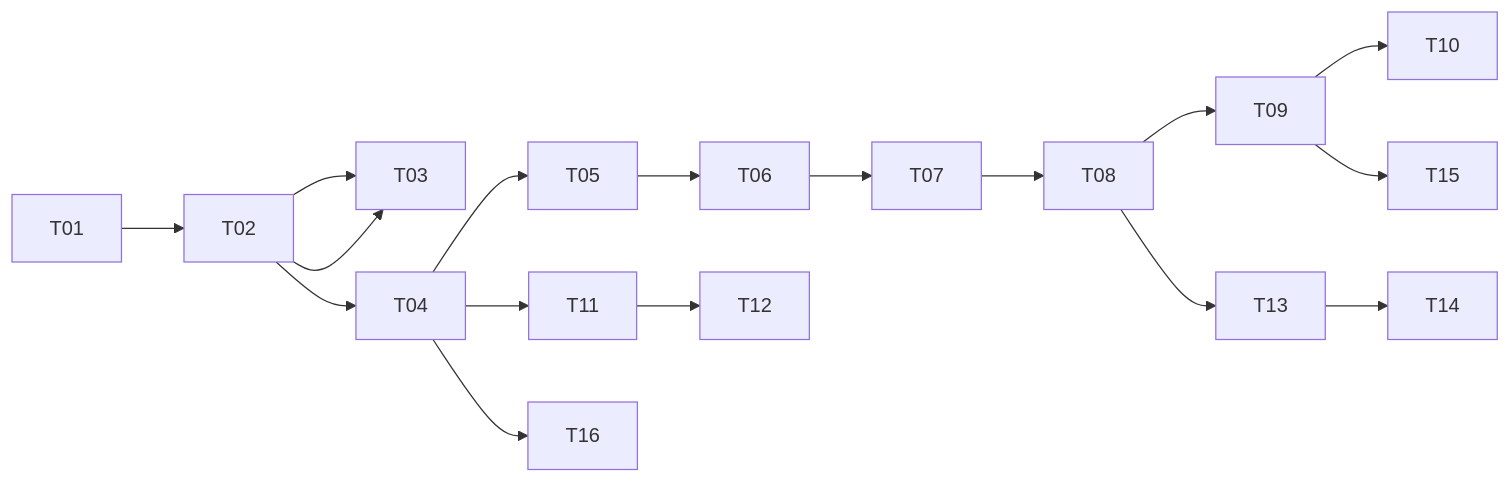
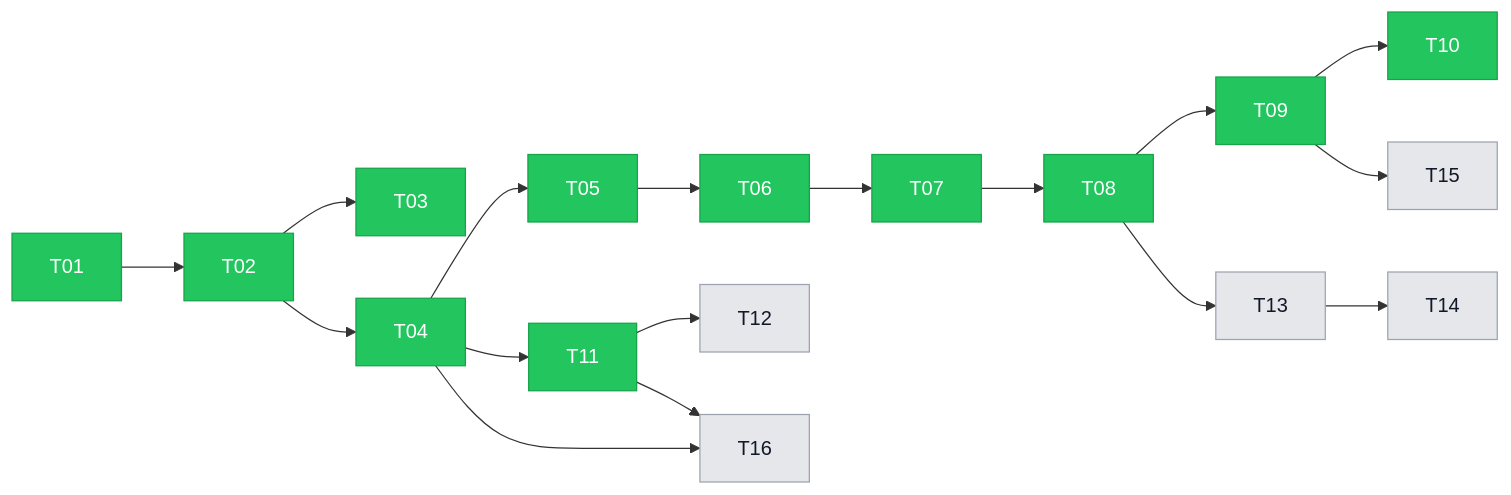
One commit to enw/e10d-crm changed the diagram in docs/kanban.md. Above: the diagram before and after it, drawn with Mermaid. The commit also changed other lines of this file, not shown here.

````diff
--- a/docs/kanban.md
+++ b/docs/kanban.md
@@ -25,19 +27,22 @@
 ```mermaid
 flowchart LR
-  T01 --> T02
-  T02 --> T03
-  T02 --> T04
-  T04 --> T05
-  T05 --> T06
-  T06 --> T07
-  T07 --> T08
-  T08 --> T09
-  T09 --> T10
-  T04 --> T11
-  T11 --> T12
-  T08 --> T13
-  T13 --> T14
-  T09 --> T15
-  T04 --> T16
-  T02 --> T03
+  T01:::done --> T02:::done
+  T02:::done --> T03:::done
+  T02:::done --> T04:::done
+  T04:::done --> T05:::done
+  T05:::done --> T06:::done
+  T06:::done --> T07:::done
+  T07:::done --> T08:::done
+  T08:::done --> T09:::done
+  T09:::done --> T10:::done
+  T04:::done --> T11:::done
+  T11:::done --> T12:::open
+  T08:::done --> T13:::open
+  T13:::open --> T14:::open
+  T09:::done --> T15:::open
+  T04:::done --> T16:::open
+  T11:::done --> T16:::open
+
+  classDef done fill:#22c55e,color:#fff,stroke:#16a34a
+  classDef open fill:#e5e7eb,color:#111827,stroke:#9ca3af
 ```
````
